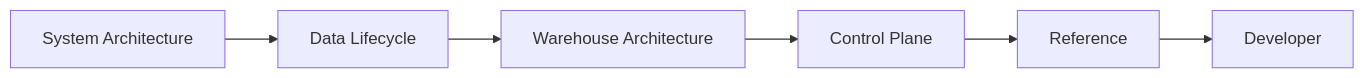
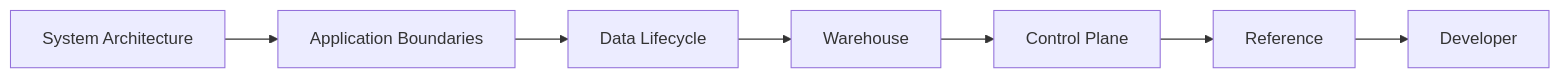
Before and after one commit to tks18/personal-finance-etl: the eighth of 12 diagrams in docs/README.md, drawn with Mermaid. The commit also changed other lines of this file, not shown here.

````diff
--- a/docs/README.md
+++ b/docs/README.md
@@ -100,4 +269,4 @@
 ```mermaid
 flowchart LR
-    A["System Architecture"] --> B["Data Lifecycle"] --> C["Warehouse Architecture"] --> D["Control Plane"] --> E["Reference"] --> F["Developer"]
+    S["System Architecture"] --> A["Application Boundaries"] --> D["Data Lifecycle"] --> W["Warehouse"] --> C["Control Plane"] --> R["Reference"] --> DEV["Developer"]
 ```
````
